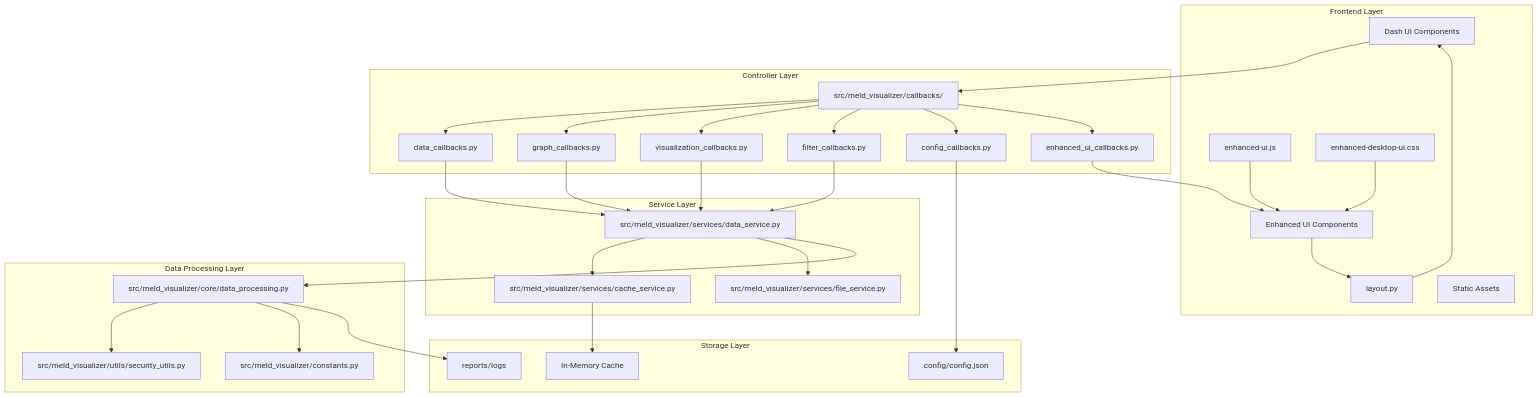
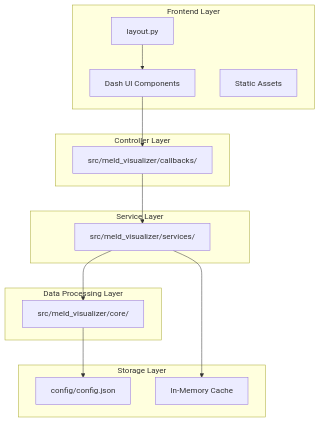
One commit to gregspruce/MELD_Visualizer changed the first of 2 diagrams in docs/architecture/architecture.md. Above: the diagram before and after it, drawn with Mermaid. The commit also changed other lines of this file and 46 other files, not shown here.

````diff
--- a/docs/architecture/architecture.md
+++ b/docs/architecture/architecture.md
@@ -5,68 +5,32 @@
 ```mermaid
 graph TB
     subgraph "Frontend Layer"
         UI[Dash UI Components]
         Layout[layout.py]
         Assets[Static Assets]
-        EUI[Enhanced UI Components]
-        EUJS[enhanced-ui.js]
-        EUCSS[enhanced-desktop-ui.css]
     end
-    
+
     subgraph "Controller Layer"
-        CB[src/meld_visualizer/callbacks/]
-        DC[data_callbacks.py]
-        GC[graph_callbacks.py]
-        VC[visualization_callbacks.py]
-        FC[filter_callbacks.py]
-        CC[config_callbacks.py]
-        EUC[enhanced_ui_callbacks.py]
+        Callbacks[src/meld_visualizer/callbacks/]
     end
-    
+
     subgraph "Service Layer"
-        DS[src/meld_visualizer/services/data_service.py]
-        CS[src/meld_visualizer/services/cache_service.py]
-        FS[src/meld_visualizer/services/file_service.py]
+        Services[src/meld_visualizer/services/]
     end
-    
+
     subgraph "Data Processing Layer"
-        DP[src/meld_visualizer/core/data_processing.py]
-        SU[src/meld_visualizer/utils/security_utils.py]
-        Const[src/meld_visualizer/constants.py]
+        DataProcessing[src/meld_visualizer/core/]
     end
-    
+
     subgraph "Storage Layer"
         Config[config/config.json]
         Cache[In-Memory Cache]
-        Logs[reports/logs]
     end
-    
-    UI --> CB
-    EUI --> Layout
-    EUJS --> EUI
-    EUCSS --> EUI
+
+    UI --> Callbacks
     Layout --> UI
-    CB --> DC
-    CB --> GC
-    CB --> VC
-    CB --> FC
-    CB --> CC
-    CB --> EUC
-    EUC --> EUI
-    
-    DC --> DS
-    GC --> DS
-    VC --> DS
-    FC --> DS
-    
-    DS --> CS
-    DS --> FS
-    DS --> DP
-    
-    DP --> SU
-    DP --> Const
-    
-    CS --> Cache
-    CC --> Config
-    DP --> Logs
+    Callbacks --> Services
+    Services --> DataProcessing
+    Services --> Cache
+    DataProcessing --> Config
 ```
````
